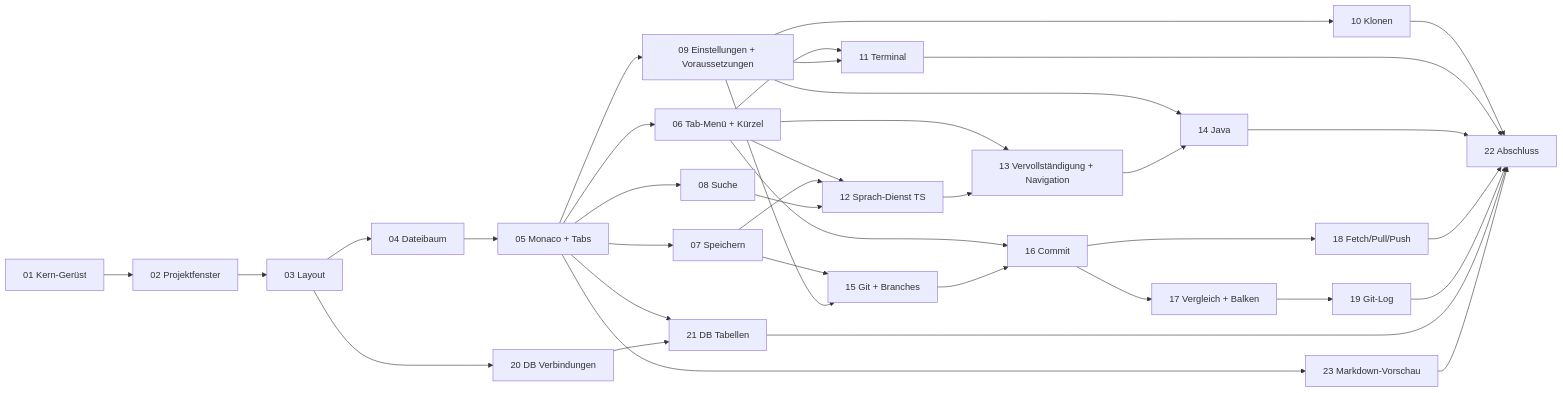
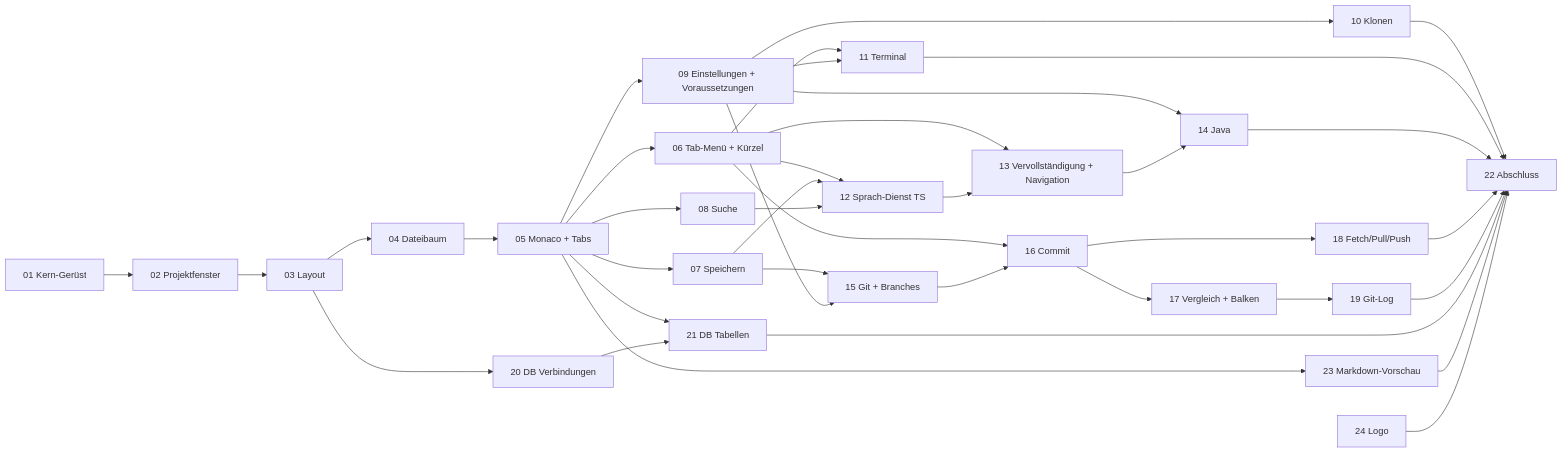
Before and after one commit to BonomoAlessandro/codium: the diagram in docs/tickets/README.md, drawn with Mermaid. The commit also changed other lines of this file and 1 other file, not shown here.

First line of the commit message:
Ticket 24: Logo und App-Symbol

````diff
--- a/docs/tickets/README.md
+++ b/docs/tickets/README.md
@@ -94,39 +95,40 @@
 ```mermaid
 flowchart LR
   T01[01 Kern-Gerüst] --> T02[02 Projektfenster]
   T02 --> T03[03 Layout]
   T03 --> T04[04 Dateibaum]
   T04 --> T05[05 Monaco + Tabs]
   T05 --> T06[06 Tab-Menü + Kürzel]
   T05 --> T07[07 Speichern]
   T05 --> T08[08 Suche]
   T05 --> T09[09 Einstellungen + Voraussetzungen]
   T09 --> T10[10 Klonen]
   T06 --> T11[11 Terminal]
   T09 --> T11
   T06 --> T12[12 Sprach-Dienst TS]
   T07 --> T12
   T08 --> T12
   T06 --> T13[13 Vervollständigung + Navigation]
   T12 --> T13
   T09 --> T14[14 Java]
   T13 --> T14
   T07 --> T15[15 Git + Branches]
   T09 --> T15
   T06 --> T16[16 Commit]
   T15 --> T16
   T16 --> T17[17 Vergleich + Balken]
   T16 --> T18[18 Fetch/Pull/Push]
   T17 --> T19[19 Git-Log]
   T03 --> T20[20 DB Verbindungen]
   T05 --> T21[21 DB Tabellen]
   T20 --> T21
   T10 --> T22[22 Abschluss]
   T11 --> T22
   T14 --> T22
   T18 --> T22
   T19 --> T22
   T21 --> T22
   T05 --> T23[23 Markdown-Vorschau]
   T23 --> T22
+  T24[24 Logo] --> T22
 ```
````
